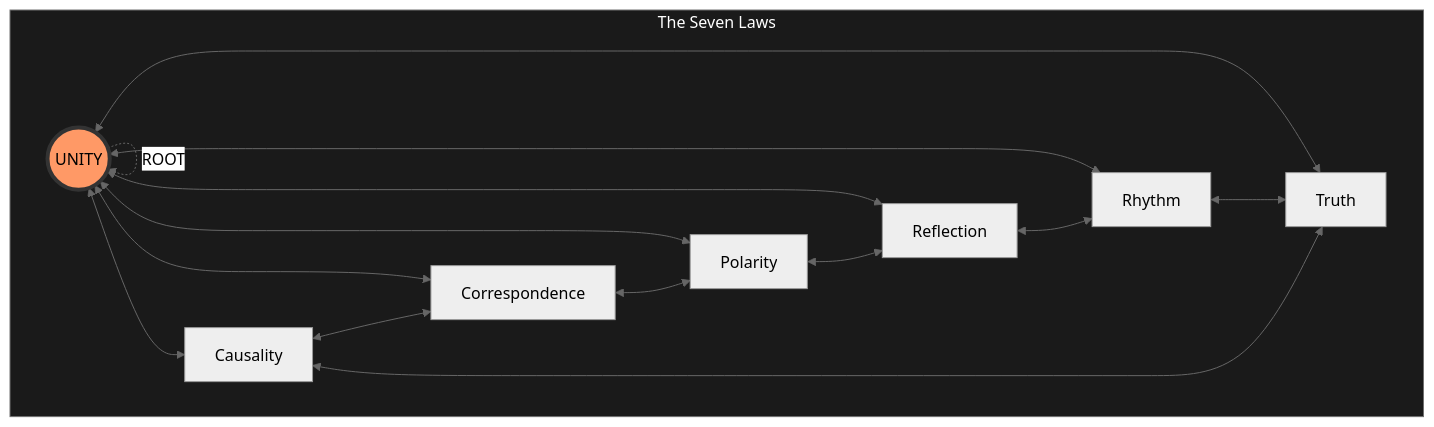
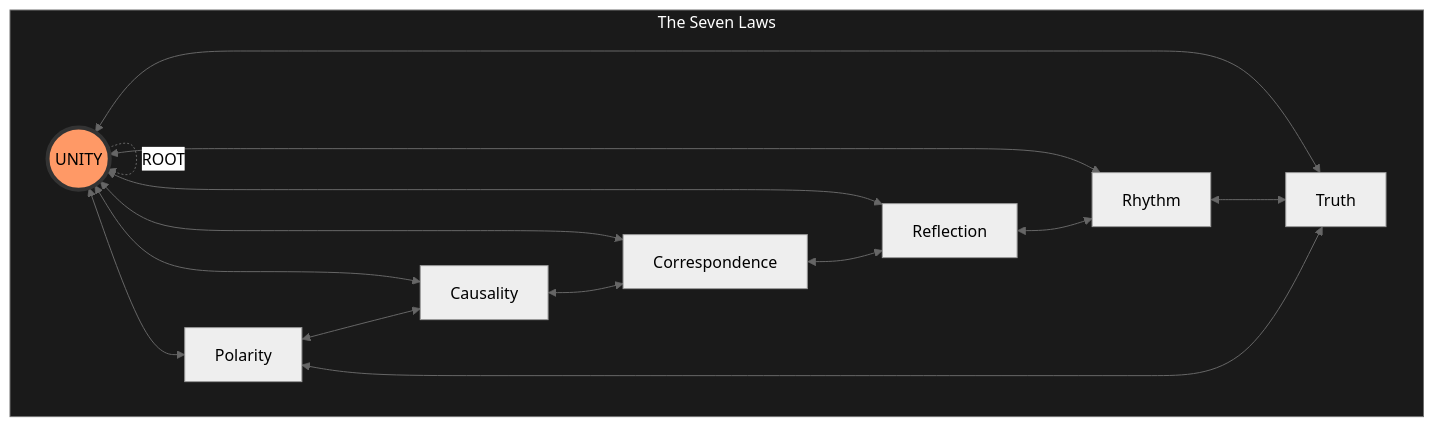
Before and after one commit to roundtable-love/reality: the diagram in README.md, drawn with Mermaid (neutral theme). The commit also changed other lines of this file, not shown here.

````diff
--- a/README.md
+++ b/README.md
@@ -96,24 +59,24 @@
 ```mermaid
 graph TD
     subgraph REALITY [The Seven Laws]
-        UN((UNITY)) <--> CE[Causality]
+        UN((UNITY)) <--> PO[Polarity]
+        UN <--> CE[Causality]
         UN <--> CO[Correspondence]
-        UN <--> PO[Polarity]
         UN <--> RE[Reflection]
         UN <--> RH[Rhythm]
         UN <--> TR[Truth]
 
+        PO <--> CE
         CE <--> CO
-        CO <--> PO
-        PO <--> RE
+        CO <--> RE
         RE <--> RH
         RH <--> TR
-        TR <--> CE
+        TR <--> PO
 
         %% Recursive Self-Reference
         UN -.->|ROOT| UN
     end
 
     style UN fill:#f96,stroke:#333,stroke-width:4px
     style REALITY fill:#1a1a1a,color:#fff
 ```
````
